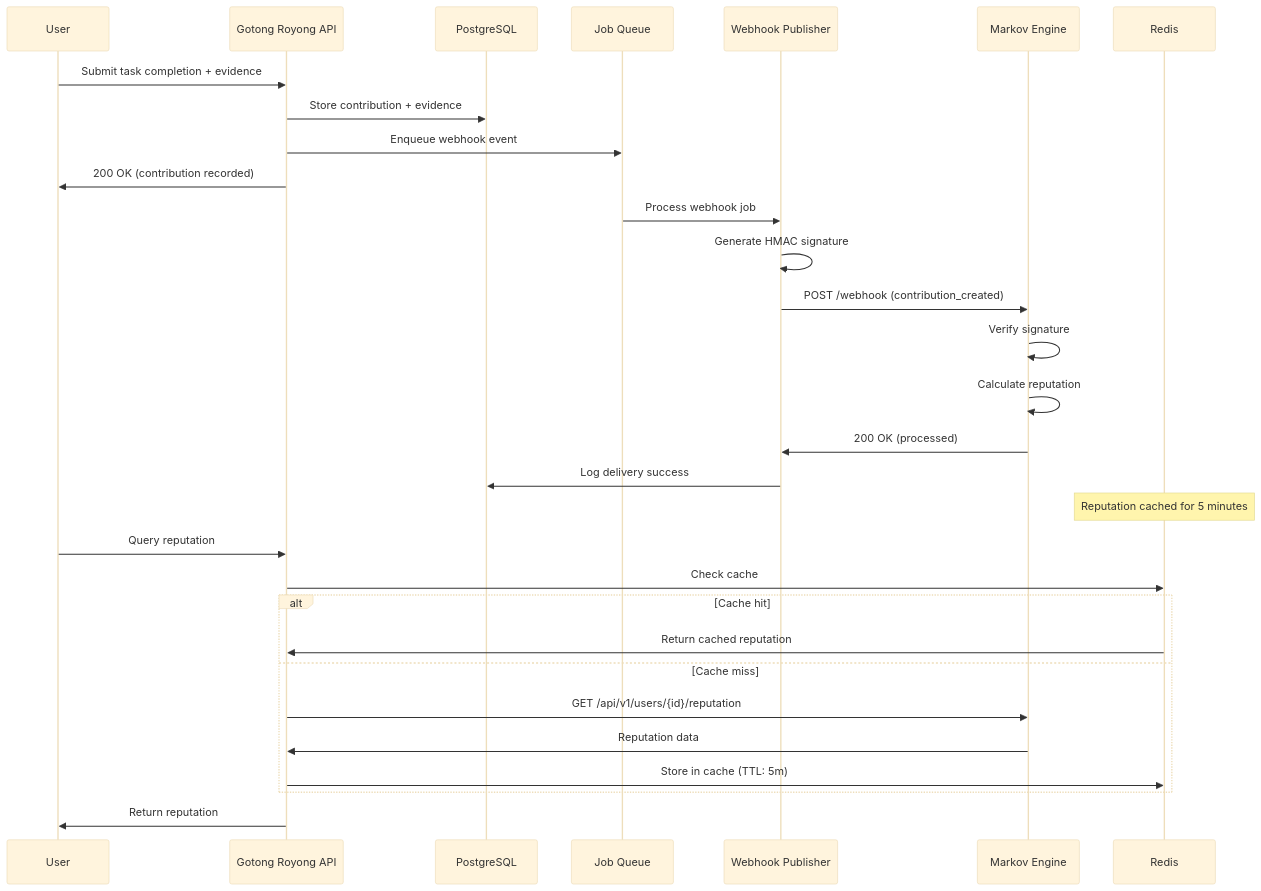
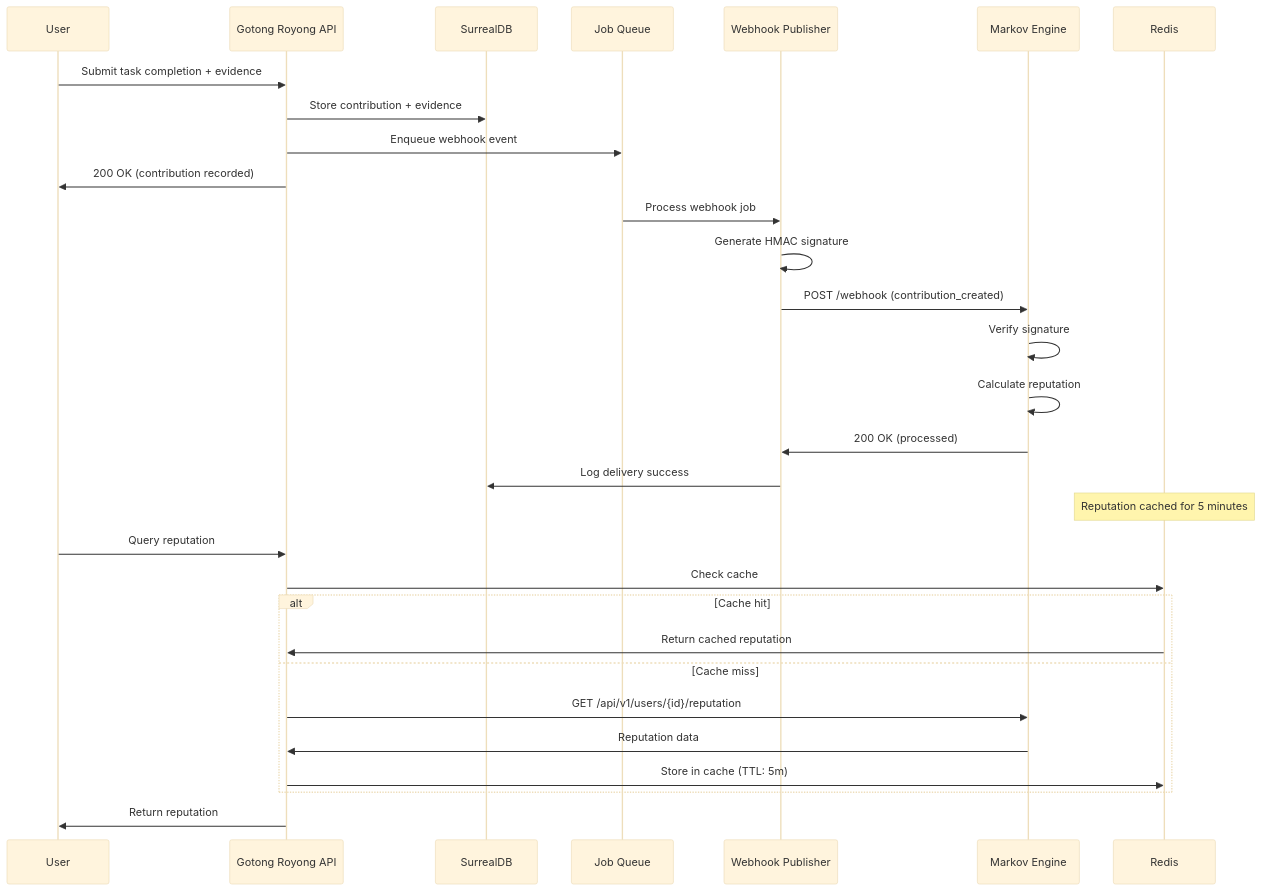
The diagram in docs/architecture/integration-architecture.md (balungpisah/gotong-royong), drawn with Mermaid (base theme) before and after one commit. The commit also changed other lines of this file and 70 other files, not shown here.

````diff
--- a/docs/architecture/integration-architecture.md
+++ b/docs/architecture/integration-architecture.md
@@ -41,36 +41,36 @@
 ```mermaid
 sequenceDiagram
     participant User
     participant GR as Gotong Royong API
-    participant DB as PostgreSQL
+    participant DB as SurrealDB
     participant Queue as Job Queue
     participant Webhook as Webhook Publisher
     participant Markov as Markov Engine
     participant Cache as Redis
 
     User->>GR: Submit task completion + evidence
     GR->>DB: Store contribution + evidence
     GR->>Queue: Enqueue webhook event
     GR->>User: 200 OK (contribution recorded)
 
     Queue->>Webhook: Process webhook job
     Webhook->>Webhook: Generate HMAC signature
     Webhook->>Markov: POST /webhook (contribution_created)
     Markov->>Markov: Verify signature
     Markov->>Markov: Calculate reputation
     Markov->>Webhook: 200 OK (processed)
     Webhook->>DB: Log delivery success
 
     Note over Cache: Reputation cached for 5 minutes
 
     User->>GR: Query reputation
     GR->>Cache: Check cache
     alt Cache hit
         Cache->>GR: Return cached reputation
     else Cache miss
         GR->>Markov: GET /api/v1/users/{id}/reputation
         Markov->>GR: Reputation data
         GR->>Cache: Store in cache (TTL: 5m)
     end
     GR->>User: Return reputation
 ```
````
